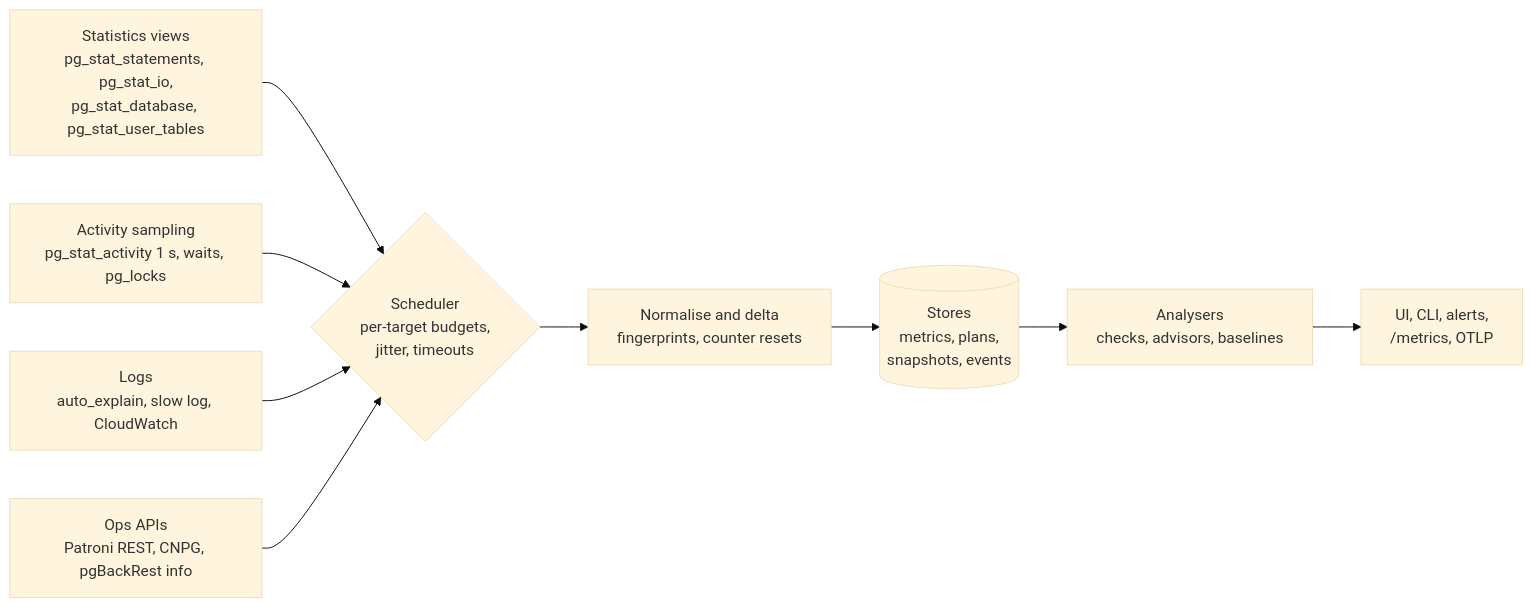
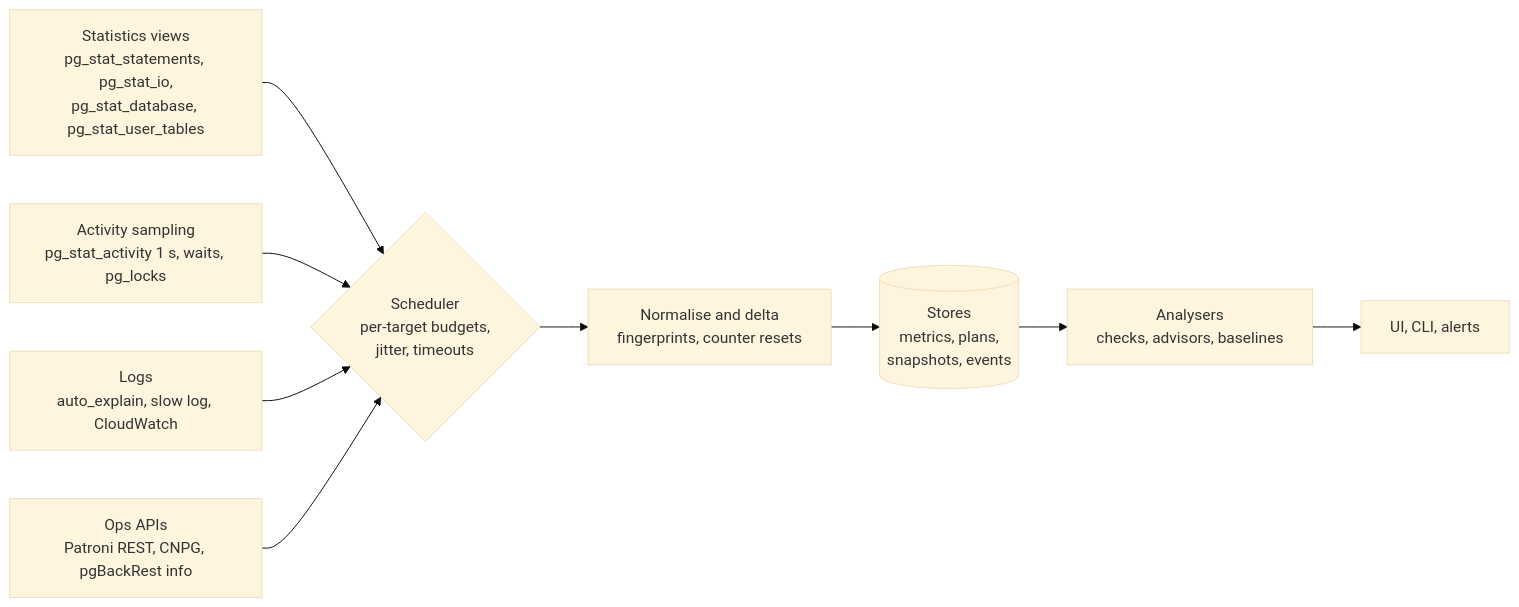
Before and after one commit to interlace-sh/tuskline: the fourth of 4 diagrams in docs/architecture.md, drawn with Mermaid (base theme). The commit also changed other lines of this file and 4 other files, not shown here.

````diff
--- a/docs/architecture.md
+++ b/docs/architecture.md
@@ -114,11 +113,11 @@
 ```mermaid
 flowchart LR
   S1[Statistics views<br/>pg_stat_statements, pg_stat_io,<br/>pg_stat_database, pg_stat_user_tables] --> SCH
   S2[Activity sampling<br/>pg_stat_activity 1 s, waits, pg_locks] --> SCH
   S3[Logs<br/>auto_explain, slow log, CloudWatch] --> SCH
   S4[Ops APIs<br/>Patroni REST, CNPG, pgBackRest info] --> SCH
   SCH{Scheduler<br/>per-target budgets,<br/>jitter, timeouts} --> NORM[Normalise and delta<br/>fingerprints, counter resets]
   NORM --> ST[(Stores<br/>metrics, plans,<br/>snapshots, events)]
   ST --> AN[Analysers<br/>checks, advisors, baselines]
-  AN --> OUT[UI, CLI, alerts,<br/>/metrics, OTLP]
+  AN --> OUT[UI, CLI, alerts]
 ```
````
